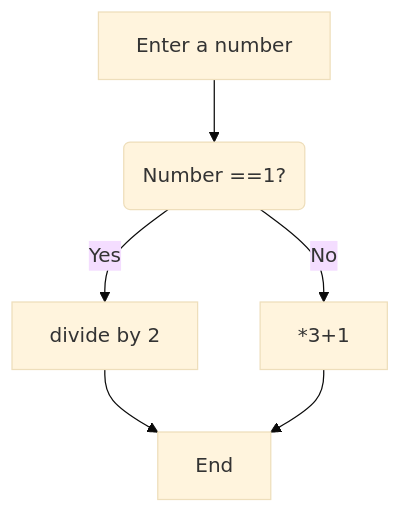
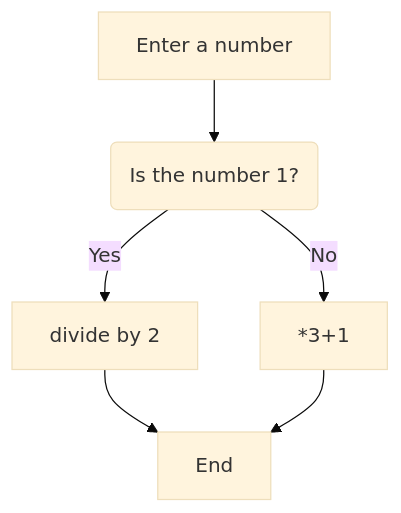
Before and after one commit to PeeBs68/mywork: the second of 2 diagrams in README.md, drawn with Mermaid (base theme).

Commit message:
Playing with mermaid for readme

````diff
--- a/README.md
+++ b/README.md
@@ -27,8 +27,8 @@
 ```mermaid
 flowchart TD;
-    A[Enter a number] --> B(Number ==1?);
+    A[Enter a number] --> B(Is the number 1?);
     B -- Yes --> C[divide by 2];
     B -- No --> D[*3+1];
     C-->E[End];
     D-->E[End];
 ```
````
